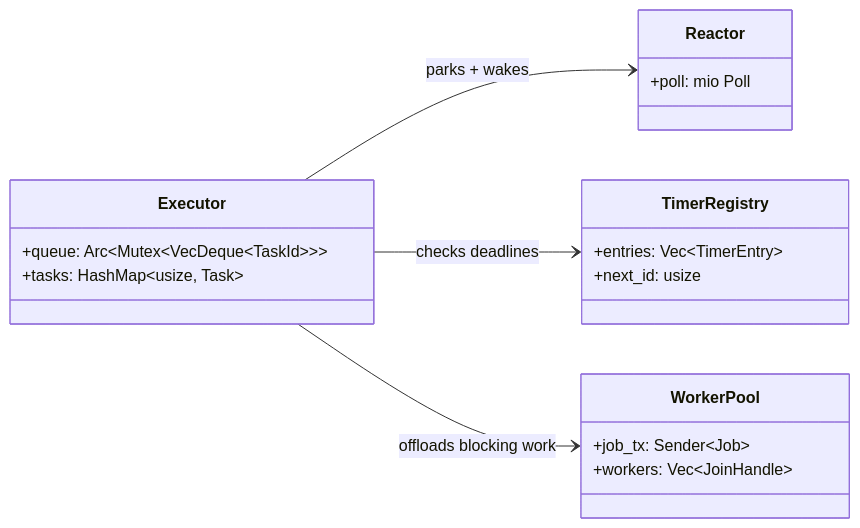
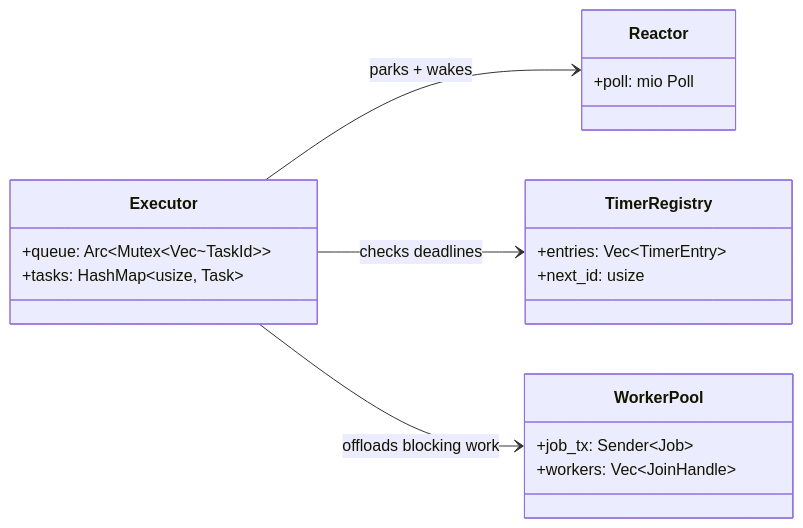
The diagram in docs/toplevel-runtime-components.md (paulpeters144/mini-async-runtime), drawn with Mermaid before and after one commit. The commit also changed 7 other files, not shown here.

First line of the commit message:
refactor: use Vec for ready queue and add TaskWaker::new constructor

````diff
--- a/docs/toplevel-runtime-components.md
+++ b/docs/toplevel-runtime-components.md
@@ -5,27 +5,27 @@
 ```mermaid
 classDiagram
     direction LR
 
     class Executor {
-        +queue: Arc~Mutex~VecDeque~TaskId~~~
+        +queue: Arc~Mutex~Vec~TaskId~~
         +tasks: HashMap~usize, Task~
     }
 
     class Reactor {
         +poll: mio Poll
     }
 
     class TimerRegistry {
         +entries: Vec~TimerEntry~
         +next_id: usize
     }
 
     class WorkerPool {
         +job_tx: Sender~Job~
         +workers: Vec~JoinHandle~
     }
 
     Executor --> Reactor : parks + wakes
     Executor --> TimerRegistry : checks deadlines
     Executor --> WorkerPool : offloads blocking work
 ```
````
